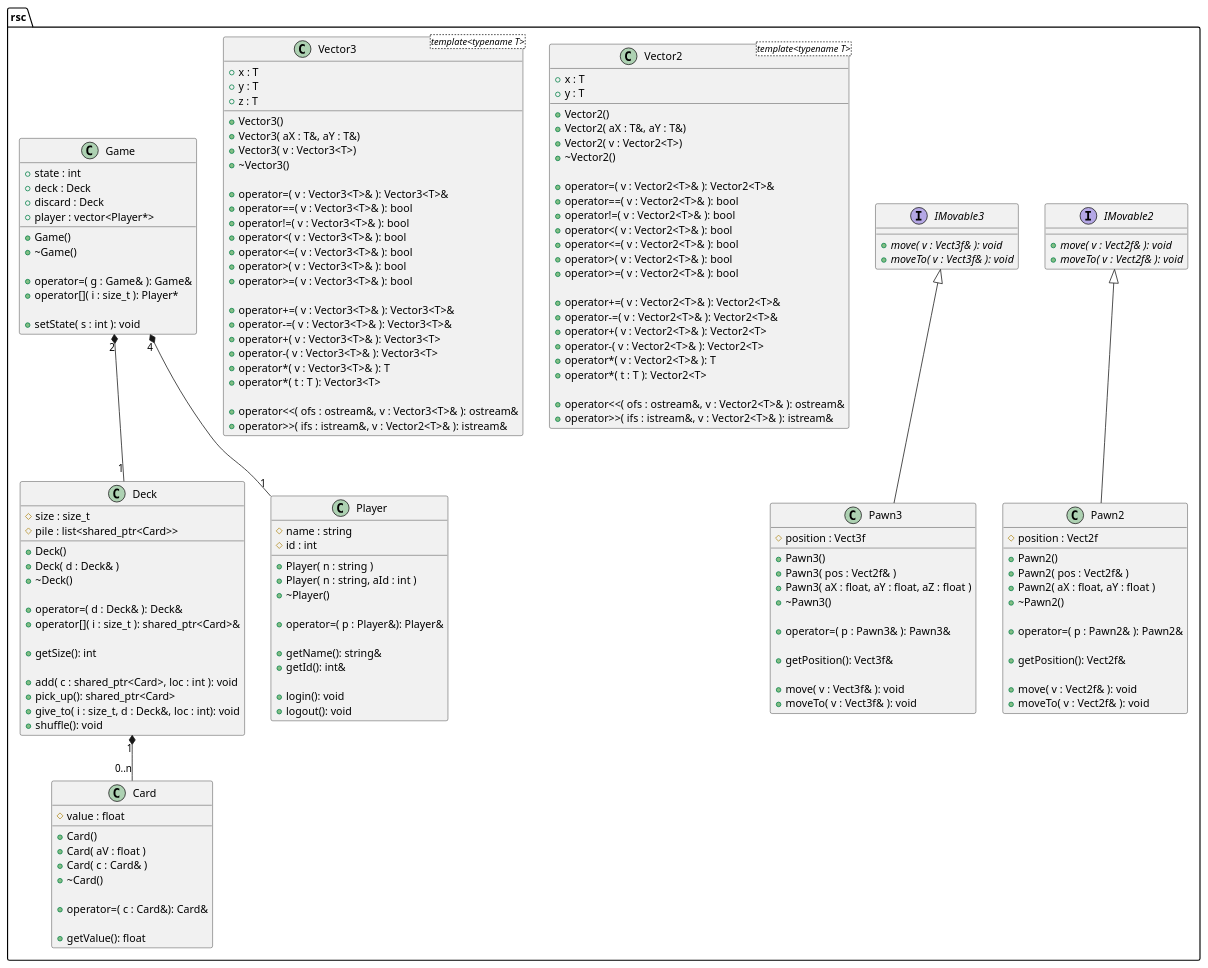
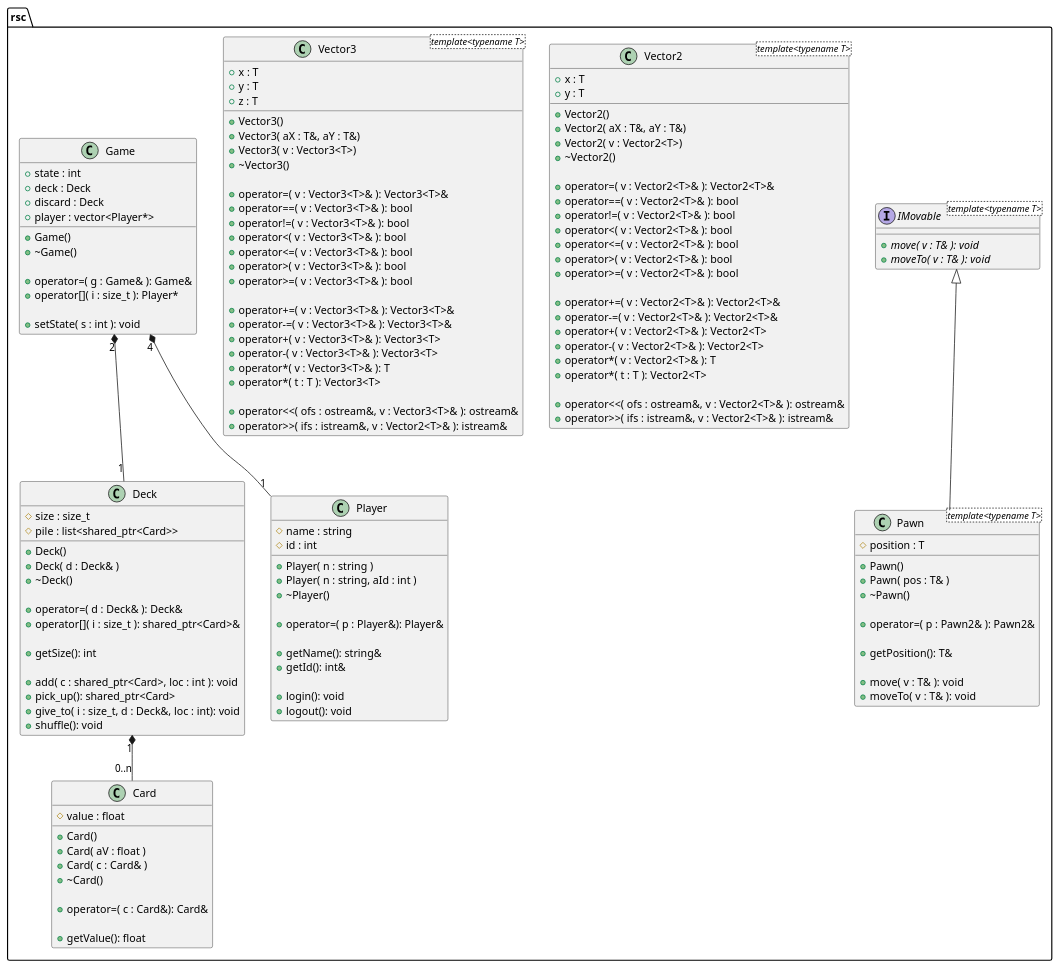
The diagram in UML.puml (Flosilver/libRosace-dev), drawn with PlantUML before and after one commit. The commit also changed 2 other files, not shown here.

Commit message:
upgrade Pawn & IMovable + update UML

```diff
--- a/UML.puml
+++ b/UML.puml
@@ -1,178 +1,155 @@
 @startuml UML
 
 set namespaceSeparator ::
 
-interface rsc::IMovable2{
-    + {abstract} move( v : Vect2f& ): void
-    + {abstract} moveTo( v : Vect2f& ): void
-}
-
-interface rsc::IMovable3{
-    + {abstract} move( v : Vect3f& ): void
-    + {abstract} moveTo( v : Vect3f& ): void
+interface rsc::IMovable <template<typename T>>{
+    + {abstract} move( v : T& ): void
+    + {abstract} moveTo( v : T& ): void
 }
 
 class rsc::Vector2<template<typename T>> {
     + x : T
     + y : T 
 
     + Vector2()
     + Vector2( aX : T&, aY : T&)
     + Vector2( v : Vector2<T>)
     + ~Vector2()
 
     + operator=( v : Vector2<T>& ): Vector2<T>&
     + operator==( v : Vector2<T>& ): bool
     + operator!=( v : Vector2<T>& ): bool
     + operator<( v : Vector2<T>& ): bool
     + operator<=( v : Vector2<T>& ): bool
     + operator>( v : Vector2<T>& ): bool
     + operator>=( v : Vector2<T>& ): bool
 
     + operator+=( v : Vector2<T>& ): Vector2<T>&
     + operator-=( v : Vector2<T>& ): Vector2<T>&
     + operator+( v : Vector2<T>& ): Vector2<T>
     + operator-( v : Vector2<T>& ): Vector2<T>
     + operator*( v : Vector2<T>& ): T
     + operator*( t : T ): Vector2<T>
 
     + operator<<( ofs : ostream&, v : Vector2<T>& ): ostream&
     + operator>>( ifs : istream&, v : Vector2<T>& ): istream&
 }
 
 class rsc::Vector3<template<typename T>> {
     + x : T
     + y : T 
     + z : T
 
     + Vector3()
     + Vector3( aX : T&, aY : T&)
     + Vector3( v : Vector3<T>)
     + ~Vector3()
 
     + operator=( v : Vector3<T>& ): Vector3<T>&
     + operator==( v : Vector3<T>& ): bool
     + operator!=( v : Vector3<T>& ): bool
     + operator<( v : Vector3<T>& ): bool
     + operator<=( v : Vector3<T>& ): bool
     + operator>( v : Vector3<T>& ): bool
     + operator>=( v : Vector3<T>& ): bool
 
     + operator+=( v : Vector3<T>& ): Vector3<T>&
     + operator-=( v : Vector3<T>& ): Vector3<T>&
     + operator+( v : Vector3<T>& ): Vector3<T>
     + operator-( v : Vector3<T>& ): Vector3<T>
     + operator*( v : Vector3<T>& ): T
     + operator*( t : T ): Vector3<T>
 
     + operator<<( ofs : ostream&, v : Vector3<T>& ): ostream&
     + operator>>( ifs : istream&, v : Vector2<T>& ): istream&
 }
 
 
 class rsc::Card
 {
     # value : float
 
     + Card()
     + Card( aV : float )
     + Card( c : Card& )
     + ~Card()
 
     + operator=( c : Card&): Card&
     
     + getValue(): float
 }
 
 class rsc::Deck{
     # size : size_t
     # pile : list<shared_ptr<Card>>
 
     + Deck()
     + Deck( d : Deck& )
     + ~Deck()
 
     + operator=( d : Deck& ): Deck&
     + operator[]( i : size_t ): shared_ptr<Card>&
 
     + getSize(): int
 
     + add( c : shared_ptr<Card>, loc : int ): void
     + pick_up(): shared_ptr<Card>
     + give_to( i : size_t, d : Deck&, loc : int): void
     + shuffle(): void
 }
 
 class rsc::Player{
     # name : string
     # id : int
     
     + Player( n : string )
     + Player( n : string, aId : int )
     + ~Player()
 
     + operator=( p : Player&): Player&
 
     + getName(): string&
     + getId(): int&
 
     + login(): void
     + logout(): void
 }
 
-class rsc::Pawn2{
-    # position : Vect2f
+class rsc::Pawn <template<typename T>>{
+    # position : T
 
-    + Pawn2()
-    + Pawn2( pos : Vect2f& )
-    + Pawn2( aX : float, aY : float )
-    + ~Pawn2()
+    + Pawn()
+    + Pawn( pos : T& )
+    + ~Pawn()
 
     + operator=( p : Pawn2& ): Pawn2&
 
-    + getPosition(): Vect2f&
+    + getPosition(): T&
 
-    + move( v : Vect2f& ): void
-    + moveTo( v : Vect2f& ): void
-}
-
-class rsc::Pawn3{
-    # position : Vect3f
-
-    + Pawn3()
-    + Pawn3( pos : Vect2f& )
-    + Pawn3( aX : float, aY : float, aZ : float )
-    + ~Pawn3()
-
-    + operator=( p : Pawn3& ): Pawn3&
-
-    + getPosition(): Vect3f&
-
-    + move( v : Vect3f& ): void
-    + moveTo( v : Vect3f& ): void
+    + move( v : T& ): void
+    + moveTo( v : T& ): void
 }
 
 class rsc::Game{
     + state : int
     + deck : Deck
     + discard : Deck
     + player : vector<Player*>
 
     + Game()
     + ~Game()
 
     + operator=( g : Game& ): Game&
     + operator[]( i : size_t ): Player*
 
     + setState( s : int ): void
 }
 
-rsc::IMovable2 <|-- rsc::Pawn2
-rsc::IMovable3 <|-- rsc::Pawn3
+rsc::IMovable <|-- rsc::Pawn
 
 rsc::Deck "1" *-- "0..n" rsc::Card
 
 rsc::Game "4" *-- "1" rsc::Player
 rsc::Game "2" *-- "1" rsc::Deck
 
 @enduml
```
